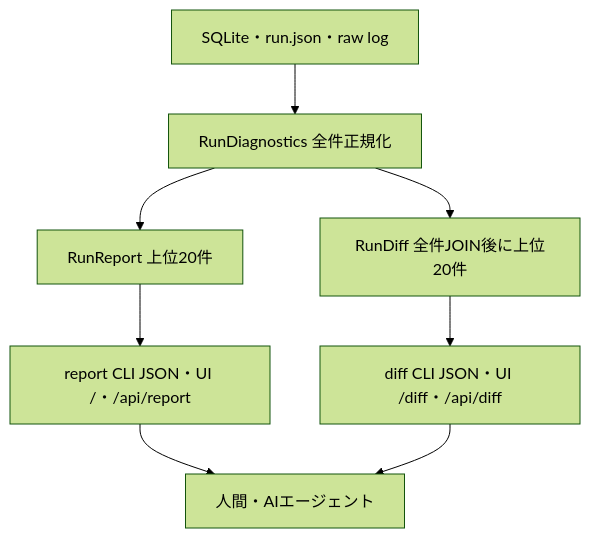
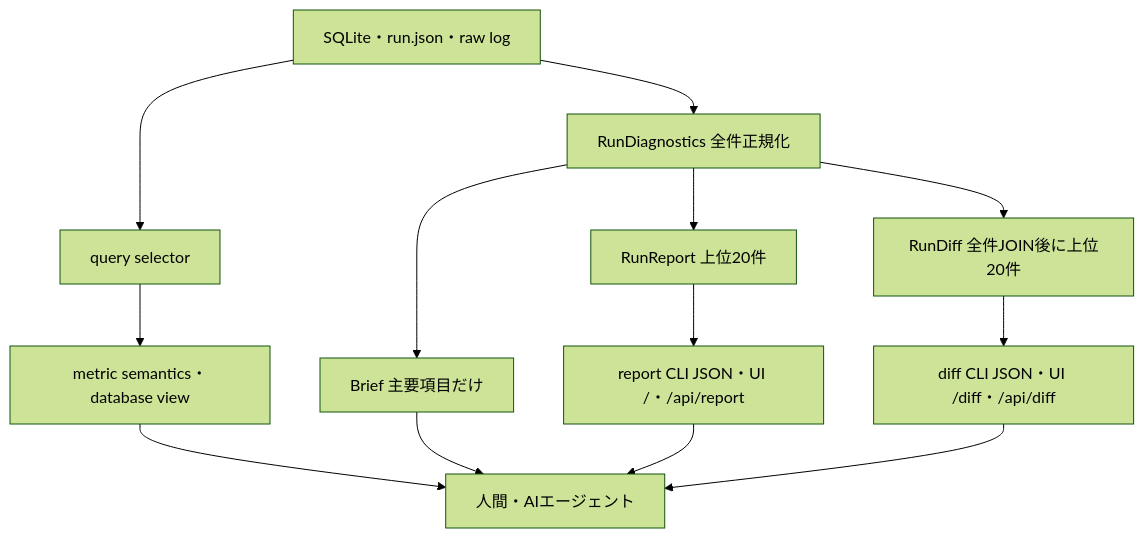
Before and after one commit to mnaog/isuscope: the diagram in docs/report-architecture.md, drawn with Mermaid (forest theme). The commit also changed other lines of this file and 19 other files, not shown here.

````diff
--- a/docs/report-architecture.md
+++ b/docs/report-architecture.md
@@ -5,10 +5,15 @@
 ```mermaid
 flowchart TD
     A["SQLite・run.json・raw log"] --> B["RunDiagnostics 全件正規化"]
     B --> C["RunReport 上位20件"]
     B --> D["RunDiff 全件JOIN後に上位20件"]
     C --> E["report CLI JSON・UI /・/api/report"]
     D --> F["diff CLI JSON・UI /diff・/api/diff"]
+    A --> H["query selector"]
+    H --> I["metric semantics・database view"]
+    I --> G
+    B --> J["Brief 主要項目だけ"]
+    J --> G
     E --> G["人間・AIエージェント"]
     F --> G
 ```
````
